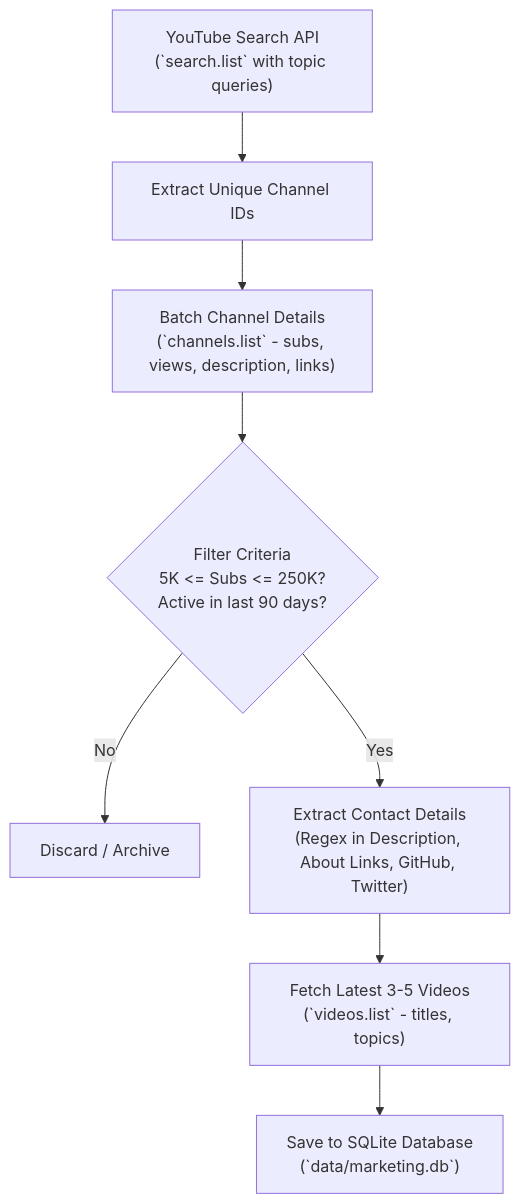
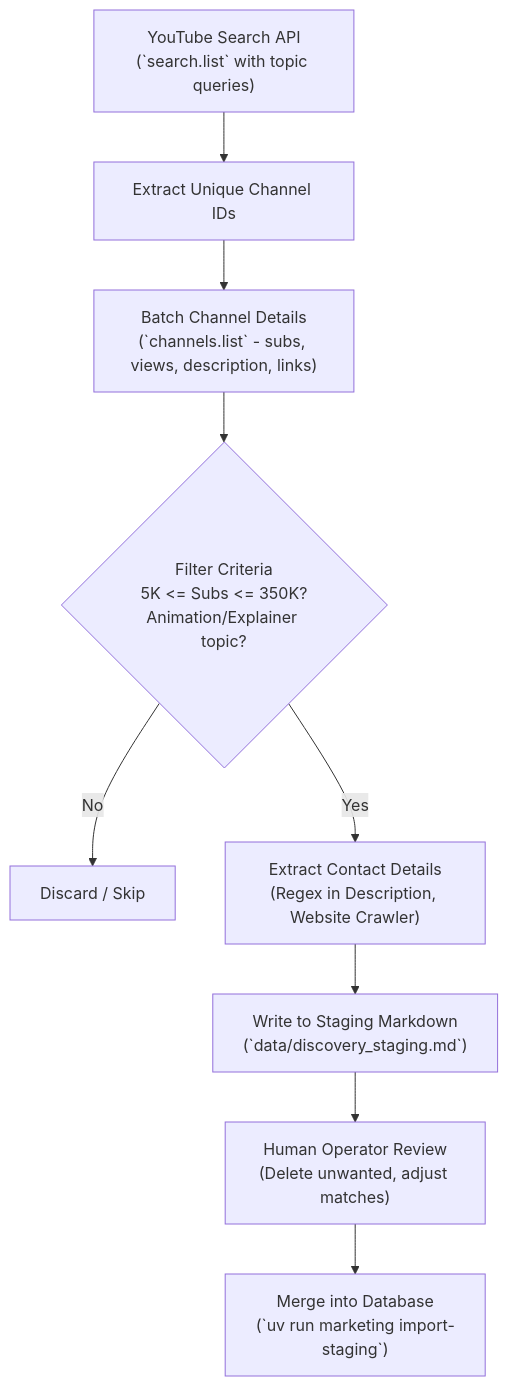
One commit to arifpirxada/kliphowl-marketing changed the diagram in docs/YOUTUBE_DISCOVERY_PLAN.md. Above: the diagram before and after it, drawn with Mermaid. The commit also changed other lines of this file and 9 other files, not shown here.

Commit message:
feat: migrate to uv, reset DB to stage 3 prospects, implement discovery review staging workflow

````diff
--- a/docs/YOUTUBE_DISCOVERY_PLAN.md
+++ b/docs/YOUTUBE_DISCOVERY_PLAN.md
@@ -65,10 +65,11 @@
 ```mermaid
 flowchart TD
     A["YouTube Search API\n(`search.list` with topic queries)"] --> B["Extract Unique Channel IDs"]
     B --> C["Batch Channel Details\n(`channels.list` - subs, views, description, links)"]
-    C --> D{"Filter Criteria\n5K <= Subs <= 250K?\nActive in last 90 days?"}
-    D -- No --> E["Discard / Archive"]
-    D -- Yes --> F["Extract Contact Details\n(Regex in Description, About Links, GitHub, Twitter)"]
-    F --> G["Fetch Latest 3-5 Videos\n(`videos.list` - titles, topics)"]
-    G --> H["Save to SQLite Database\n(`data/marketing.db`)"]
+    C --> D{"Filter Criteria\n5K <= Subs <= 350K?\nAnimation/Explainer topic?"}
+    D -- No --> E["Discard / Skip"]
+    D -- Yes --> F["Extract Contact Details\n(Regex in Description, Website Crawler)"]
+    F --> G["Write to Staging Markdown\n(`data/discovery_staging.md`)"]
+    G --> H["Human Operator Review\n(Delete unwanted, adjust matches)"]
+    H --> I["Merge into Database\n(`uv run marketing import-staging`)"]
 ```
````
